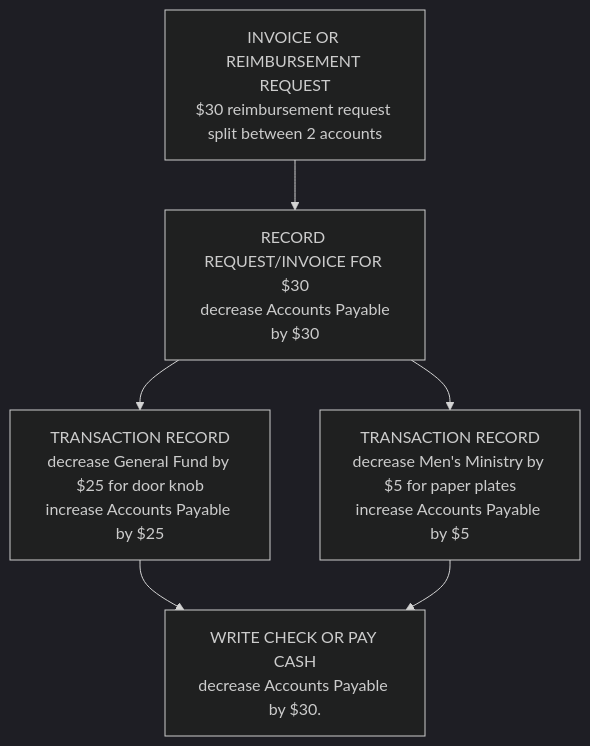
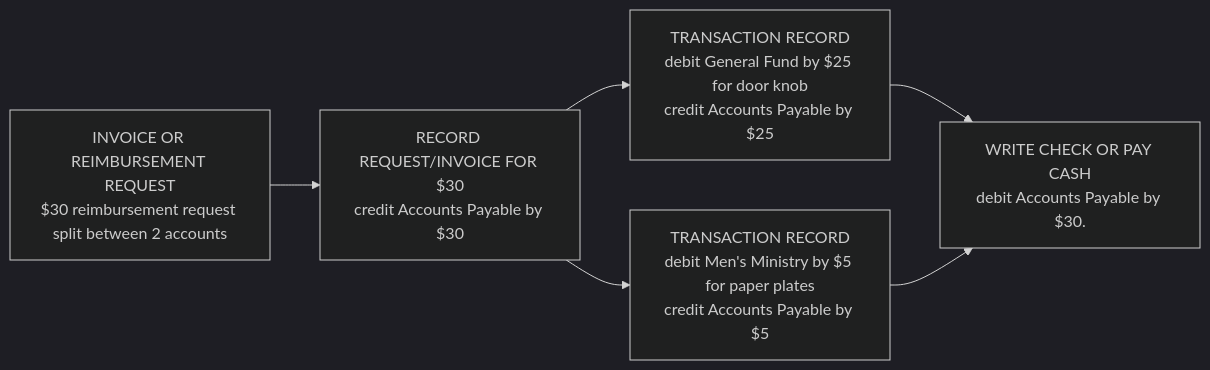
Before and after one commit to Parkway-Development/parkway-legacy: the fourth of 4 diagrams in documents-and-diagrams/contributions.md, drawn with Mermaid (dark theme). The commit also changed other lines of this file and 17 other files, not shown here.

````diff
--- a/documents-and-diagrams/contributions.md
+++ b/documents-and-diagrams/contributions.md
@@ -212,9 +240,10 @@
 ```mermaid
-graph TD
+graph LR
 
-    A[INVOICE OR REIMBURSEMENT REQUEST<BR/>$30 reimbursement request split between 2 accounts]-->B[RECORD REQUEST/INVOICE FOR $30<br/> decrease Accounts Payable by $30]
-    B-->C[TRANSACTION RECORD<BR/>decrease General Fund by $25 for door knob<br/>increase Accounts Payable by $25]
-    B-->D[TRANSACTION RECORD<BR/>decrease Men's Ministry by $5 for paper plates<br/>increase Accounts Payable by $5]
-    C-->E[WRITE CHECK OR PAY CASH<br/>decrease Accounts Payable by $30.]
+    A[INVOICE OR REIMBURSEMENT REQUEST<BR/>$30 reimbursement request split between 2 accounts]-->B[RECORD REQUEST/INVOICE FOR $30<br/>credit Accounts Payable by $30]
+    B-->C[TRANSACTION RECORD<BR/>debit General Fund by $25 for door knob<br/>credit Accounts Payable by $25]
+    B-->D[TRANSACTION RECORD<BR/>debit Men's Ministry by $5 for paper plates<br/>credit Accounts Payable by $5]
+    C-->E[WRITE CHECK OR PAY CASH<br/>debit Accounts Payable by $30.]
     D-->E
+
 ```
````
